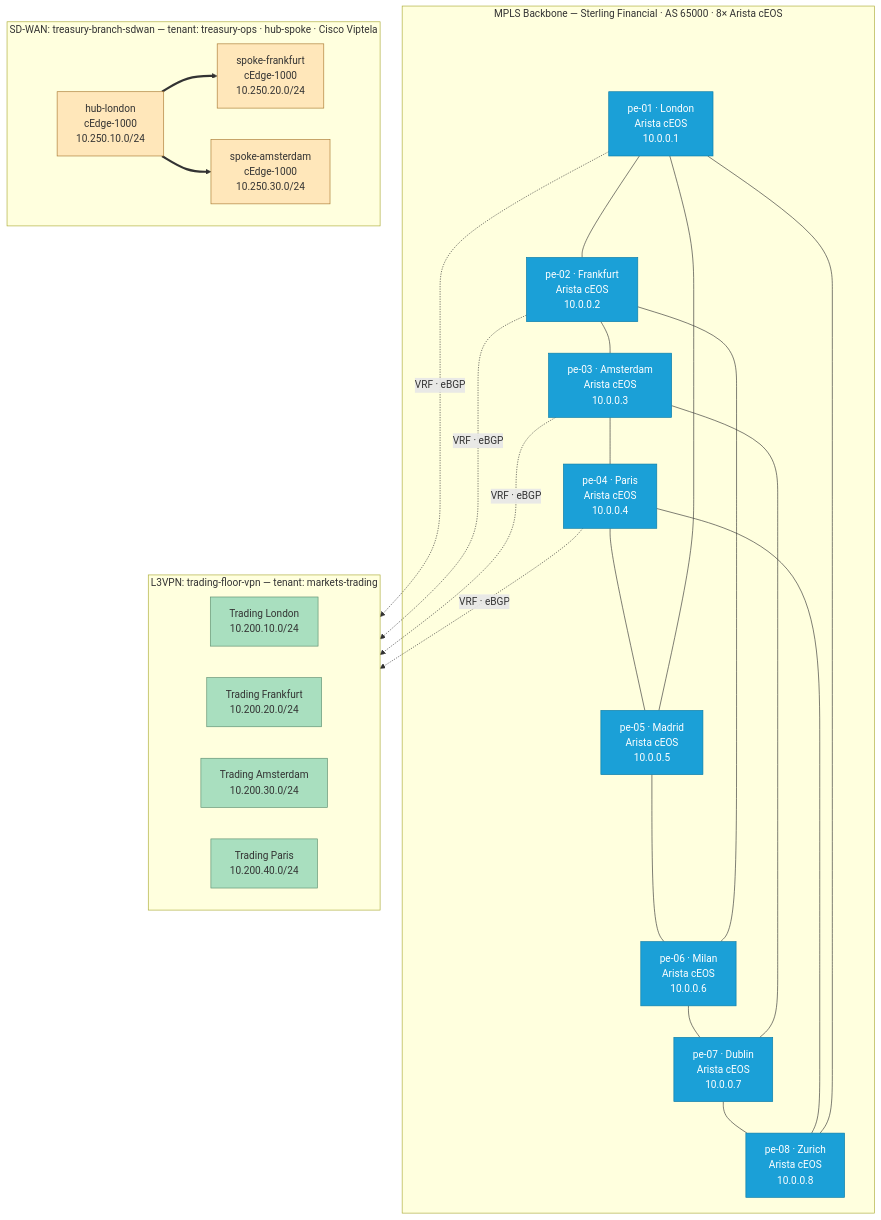
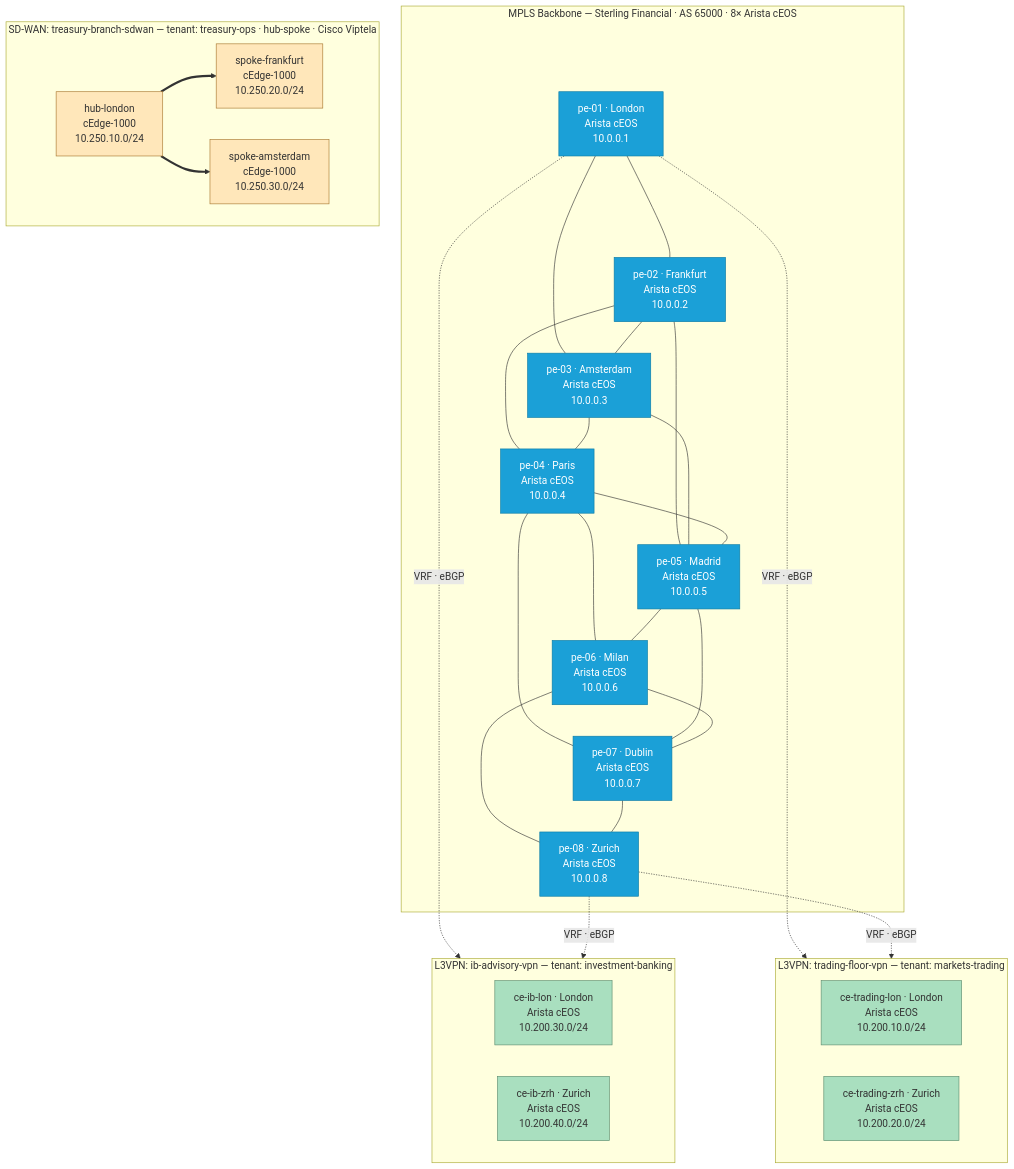
The diagram in docs/docs/readme.mdx (opsmill/infrahub-demo-sp), drawn with Mermaid before and after one commit. The commit also changed other lines of this file and 40 other files, not shown here.

````diff
--- a/docs/docs/readme.mdx
+++ b/docs/docs/readme.mdx
@@ -93,54 +95,61 @@
 ```mermaid
 flowchart TB
     subgraph backbone["MPLS Backbone — Sterling Financial · AS 65000 · 8× Arista cEOS"]
         pe01["pe-01 · London<br/>Arista cEOS<br/>10.0.0.1"]
         pe02["pe-02 · Frankfurt<br/>Arista cEOS<br/>10.0.0.2"]
         pe03["pe-03 · Amsterdam<br/>Arista cEOS<br/>10.0.0.3"]
         pe04["pe-04 · Paris<br/>Arista cEOS<br/>10.0.0.4"]
         pe05["pe-05 · Madrid<br/>Arista cEOS<br/>10.0.0.5"]
         pe06["pe-06 · Milan<br/>Arista cEOS<br/>10.0.0.6"]
         pe07["pe-07 · Dublin<br/>Arista cEOS<br/>10.0.0.7"]
         pe08["pe-08 · Zurich<br/>Arista cEOS<br/>10.0.0.8"]
         pe01 --- pe02
+        pe01 --- pe03
         pe02 --- pe03
+        pe02 --- pe04
+        pe02 --- pe05
         pe03 --- pe04
+        pe03 --- pe05
         pe04 --- pe05
+        pe04 --- pe06
+        pe04 --- pe07
         pe05 --- pe06
+        pe05 --- pe07
         pe06 --- pe07
+        pe06 --- pe08
         pe07 --- pe08
-        pe08 --- pe01
-        pe01 --- pe05
-        pe02 --- pe06
-        pe03 --- pe07
-        pe04 --- pe08
     end
 
     subgraph l3vpn["L3VPN: trading-floor-vpn — tenant: markets-trading"]
         direction LR
-        ce_lon["Trading London<br/>10.200.10.0/24"]
-        ce_fra["Trading Frankfurt<br/>10.200.20.0/24"]
-        ce_ams["Trading Amsterdam<br/>10.200.30.0/24"]
-        ce_par["Trading Paris<br/>10.200.40.0/24"]
+        ce_trading_lon["ce-trading-lon · London<br/>Arista cEOS<br/>10.200.10.0/24"]
+        ce_trading_zrh["ce-trading-zrh · Zurich<br/>Arista cEOS<br/>10.200.20.0/24"]
     end
 
-    pe01 -. "VRF · eBGP" .-> ce_lon
-    pe02 -. "VRF · eBGP" .-> ce_fra
-    pe03 -. "VRF · eBGP" .-> ce_ams
-    pe04 -. "VRF · eBGP" .-> ce_par
+    subgraph ibvpn["L3VPN: ib-advisory-vpn — tenant: investment-banking"]
+        direction LR
+        ce_ib_lon["ce-ib-lon · London<br/>Arista cEOS<br/>10.200.30.0/24"]
+        ce_ib_zrh["ce-ib-zrh · Zurich<br/>Arista cEOS<br/>10.200.40.0/24"]
+    end
+
+    pe01 -. "VRF · eBGP" .-> ce_trading_lon
+    pe08 -. "VRF · eBGP" .-> ce_trading_zrh
+    pe01 -. "VRF · eBGP" .-> ce_ib_lon
+    pe08 -. "VRF · eBGP" .-> ce_ib_zrh
 
     subgraph sdwan["SD-WAN: treasury-branch-sdwan — tenant: treasury-ops · hub-spoke · Cisco Viptela"]
         direction LR
         hub_lon["hub-london<br/>cEdge-1000<br/>10.250.10.0/24"]
         sp_fra["spoke-frankfurt<br/>cEdge-1000<br/>10.250.20.0/24"]
         sp_ams["spoke-amsterdam<br/>cEdge-1000<br/>10.250.30.0/24"]
         hub_lon ==> sp_fra
         hub_lon ==> sp_ams
     end
 
     classDef pe fill:#1ba0d7,stroke:#0a7ba5,color:#fff
     classDef ce fill:#A9DFBF,stroke:#5d8d6f
     classDef edge fill:#FFE7BA,stroke:#a8772f
     class pe01,pe02,pe03,pe04,pe05,pe06,pe07,pe08 pe
-    class ce_lon,ce_fra,ce_ams,ce_par ce
+    class ce_trading_lon,ce_trading_zrh,ce_ib_lon,ce_ib_zrh ce
     class hub_lon,sp_fra,sp_ams edge
 ```
````
